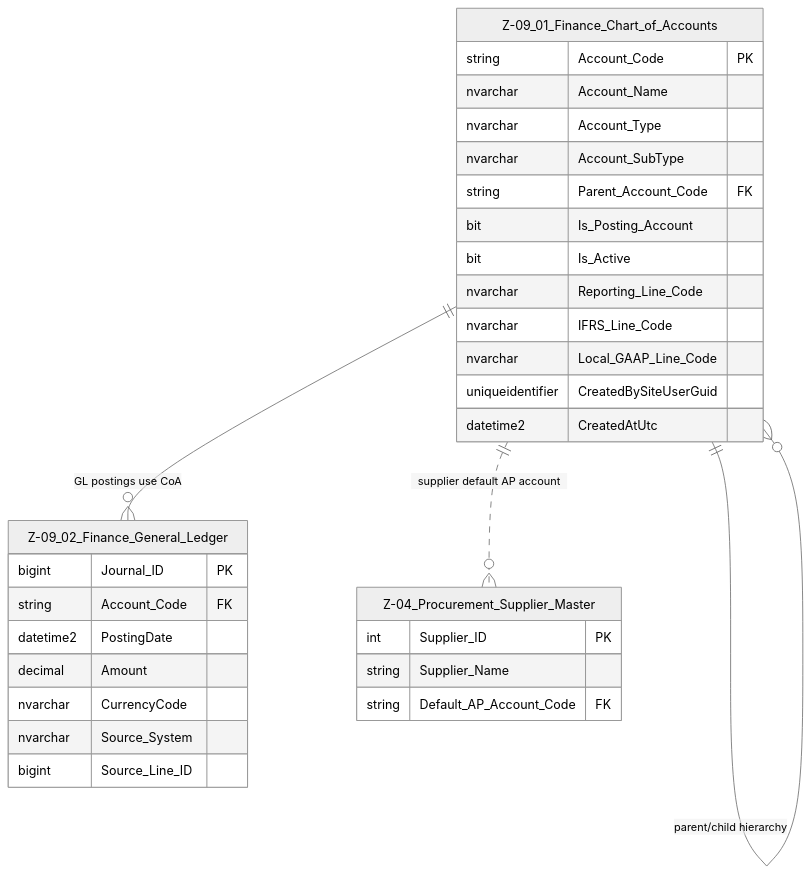
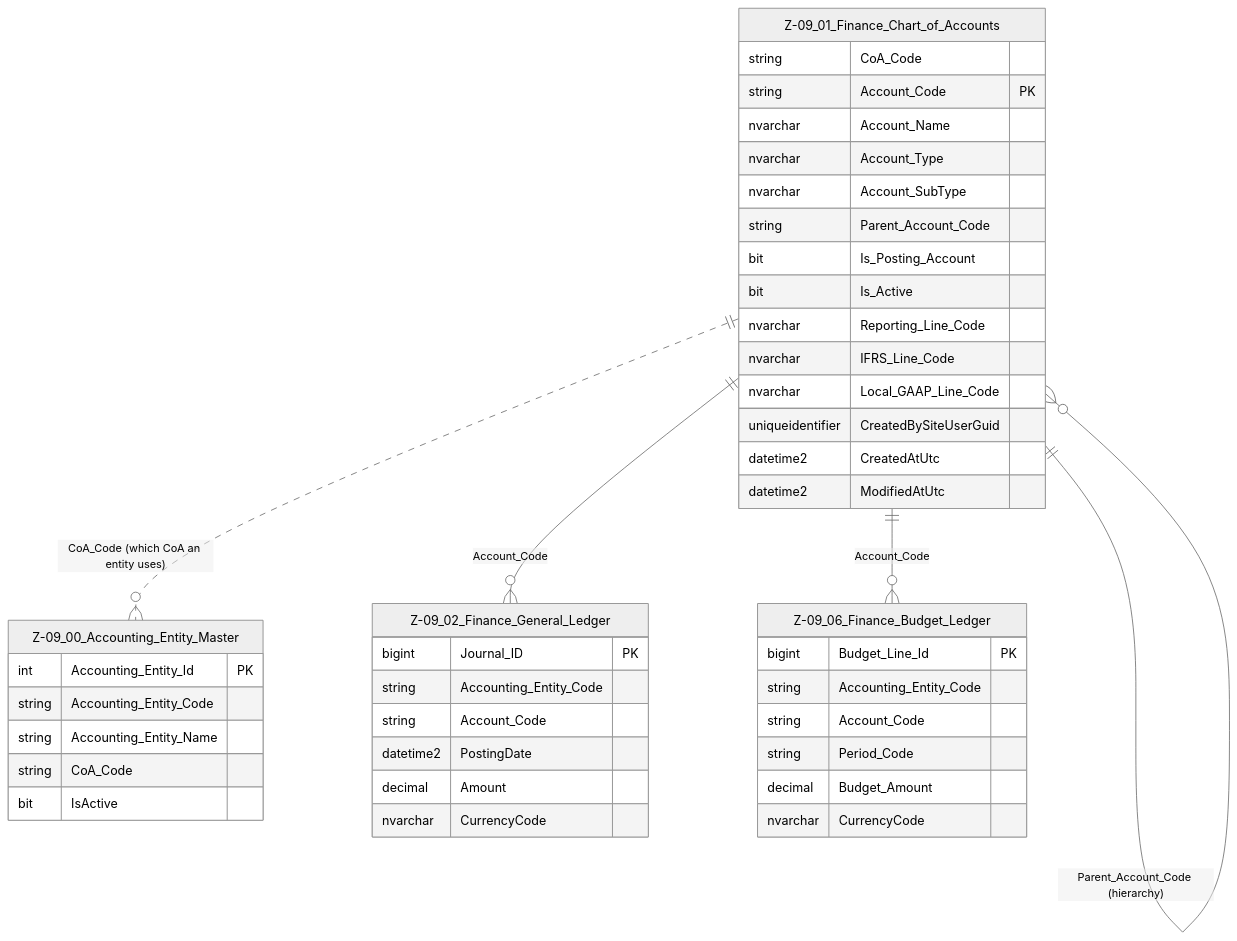
One commit to NeilWP/SUSTINA_CAB changed the diagram in 100 DATA MODELLING/Z- Data Entites/Finance Domain/Z-09.01 Finance_Chart_of_Accounts.md. Above: the diagram before and after it, drawn with Mermaid (neutral theme). The commit also changed other lines of this file and 7 other files, not shown here.

Commit message:
Updating ERD for FINANCE  Domain

````diff
--- a/100 DATA MODELLING/Z- Data Entites/Finance Domain/Z-09.01 Finance_Chart_of_Accounts.md
+++ b/100 DATA MODELLING/Z- Data Entites/Finance Domain/Z-09.01 Finance_Chart_of_Accounts.md
@@ -9,37 +51,62 @@
 ```mermaid
 erDiagram
+    %% =======================================
+    %% CHART OF ACCOUNTS CORE
+    %% =======================================
     Z-09_01_Finance_Chart_of_Accounts {
+        string CoA_Code
         string Account_Code PK
         nvarchar Account_Name
         nvarchar Account_Type
         nvarchar Account_SubType
-        string Parent_Account_Code FK
+        string Parent_Account_Code
         bit Is_Posting_Account
         bit Is_Active
         nvarchar Reporting_Line_Code
         nvarchar IFRS_Line_Code
         nvarchar Local_GAAP_Line_Code
         uniqueidentifier CreatedBySiteUserGuid
         datetime2 CreatedAtUtc
+        datetime2 ModifiedAtUtc
     }
 
+    %% =======================================
+    %% ACCOUNTING ENTITY MASTER (CONSUMER OF CoA)
+    %% =======================================
+    Z-09_00_Accounting_Entity_Master {
+        int Accounting_Entity_Id PK
+        string Accounting_Entity_Code
+        string Accounting_Entity_Name
+        string CoA_Code
+        bit IsActive
+    }
+
+    %% =======================================
+    %% GL & BUDGET (DIRECT CONSUMERS OF ACCOUNTS)
+    %% =======================================
     Z-09_02_Finance_General_Ledger {
         bigint Journal_ID PK
-        string Account_Code FK
+        string Accounting_Entity_Code
+        string Account_Code
         datetime2 PostingDate
         decimal Amount
         nvarchar CurrencyCode
-        nvarchar Source_System
-        bigint Source_Line_ID
     }
 
-    Z-04_Procurement_Supplier_Master {
-        int Supplier_ID PK
-        string Supplier_Name
-        string Default_AP_Account_Code FK
+    Z-09_06_Finance_Budget_Ledger {
+        bigint Budget_Line_Id PK
+        string Accounting_Entity_Code
+        string Account_Code
+        string Period_Code
+        decimal Budget_Amount
+        nvarchar CurrencyCode
     }
 
-    Z-09_01_Finance_Chart_of_Accounts ||--o{ Z-09_01_Finance_Chart_of_Accounts : "parent/child hierarchy"
-    Z-09_01_Finance_Chart_of_Accounts ||--o{ Z-09_02_Finance_General_Ledger : "GL postings use CoA"
-    Z-09_01_Finance_Chart_of_Accounts ||..o{ Z-04_Procurement_Supplier_Master : "supplier default AP account"
+    %% =======================================
+    %% LOGICAL RELATIONSHIPS (NO PHYSICAL FKs)
+    %% =======================================
+    Z-09_01_Finance_Chart_of_Accounts ||--o{ Z-09_01_Finance_Chart_of_Accounts : "Parent_Account_Code (hierarchy)"
+    Z-09_01_Finance_Chart_of_Accounts ||--o{ Z-09_02_Finance_General_Ledger : "Account_Code"
+    Z-09_01_Finance_Chart_of_Accounts ||--o{ Z-09_06_Finance_Budget_Ledger : "Account_Code"
+    Z-09_01_Finance_Chart_of_Accounts ||..o{ Z-09_00_Accounting_Entity_Master : "CoA_Code (which CoA an entity uses)"
 ```
````
